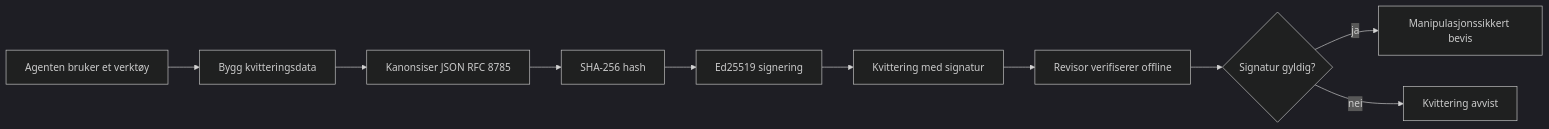
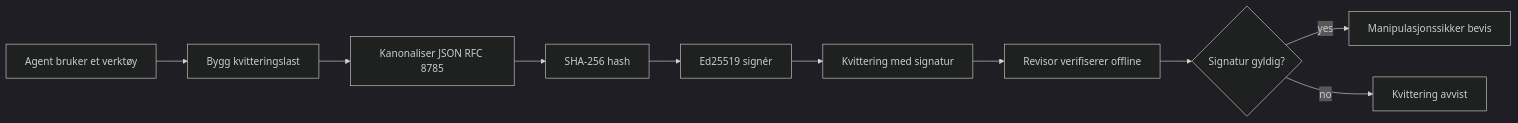
Before and after one commit to microsoft/ai-agents-for-beginners: the first of 2 diagrams in translations/no/18-securing-ai-agents/README.md, drawn with Mermaid (dark theme). The commit also changed other lines of this file and 93 other files, not shown here.

````diff
--- a/translations/no/18-securing-ai-agents/README.md
+++ b/translations/no/18-securing-ai-agents/README.md
@@ -51,12 +51,12 @@
 ```mermaid
 flowchart LR
-    A[Agenten bruker et verktøy] --> B[Bygg kvitteringsdata]
-    B --> C[Kanonsiser JSON RFC 8785]
+    A[Agent bruker et verktøy] --> B[Bygg kvitteringslast]
+    B --> C[Kanonaliser JSON RFC 8785]
     C --> D[SHA-256 hash]
-    D --> E[Ed25519 signering]
+    D --> E[Ed25519 signér]
     E --> F[Kvittering med signatur]
     F --> G[Revisor verifiserer offline]
     G --> H{Signatur gyldig?}
-    H -- ja --> I[Manipulasjonssikkert bevis]
-    H -- nei --> J[Kvittering avvist]
+    H -- yes --> I[Manipulasjonssikker bevis]
+    H -- no --> J[Kvittering avvist]
 ```
````
